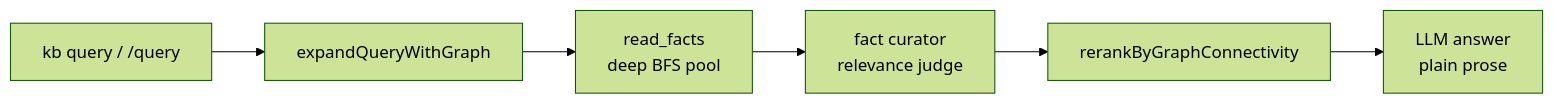
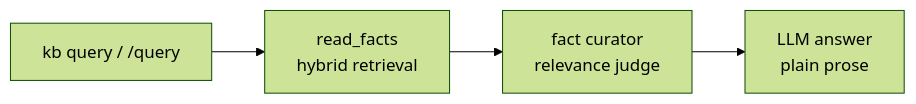
The first of 2 diagrams in packages/kb-core/src/core/AGENT_LOOP.md (rosenjcb/kb), drawn with Mermaid (forest theme) before and after one commit. The commit also changed other lines of this file and 250 other files, not shown here.

First line of the commit message:
feat!: index whole documents and symbols; drop the fact graph (#213)

````diff
--- a/packages/kb-core/src/core/AGENT_LOOP.md
+++ b/packages/kb-core/src/core/AGENT_LOOP.md
@@ -30,8 +30,6 @@
 ```mermaid
 flowchart LR
-  Q["kb query / /query"] --> G["expandQueryWithGraph"]
-  G --> R["read_facts<br/>deep BFS pool"]
+  Q["kb query / /query"] --> R["read_facts<br/>hybrid retrieval"]
   R --> C["fact curator<br/>relevance judge"]
-  C --> RR["rerankByGraphConnectivity"]
-  RR --> A["LLM answer<br/>plain prose"]
+  C --> A["LLM answer<br/>plain prose"]
 ```
````
